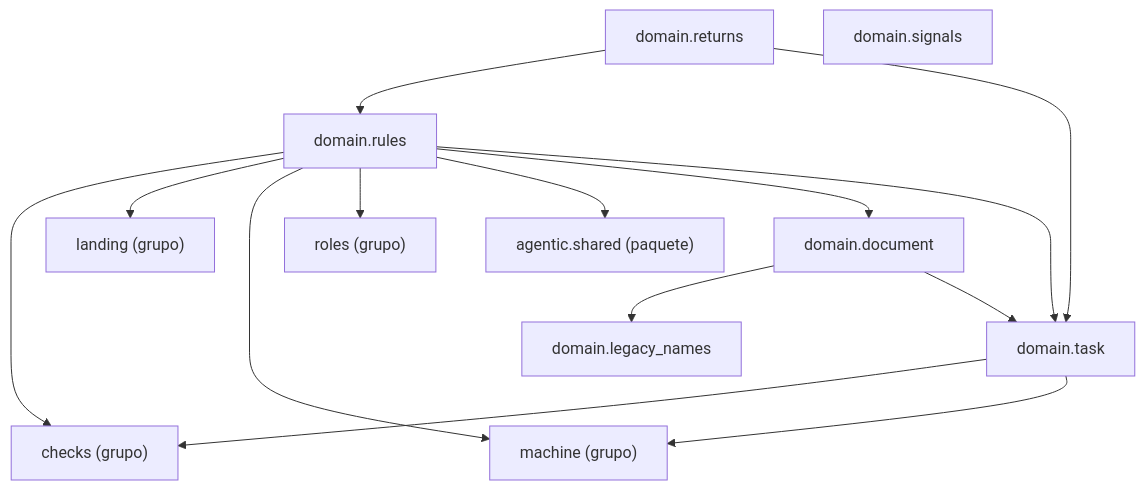
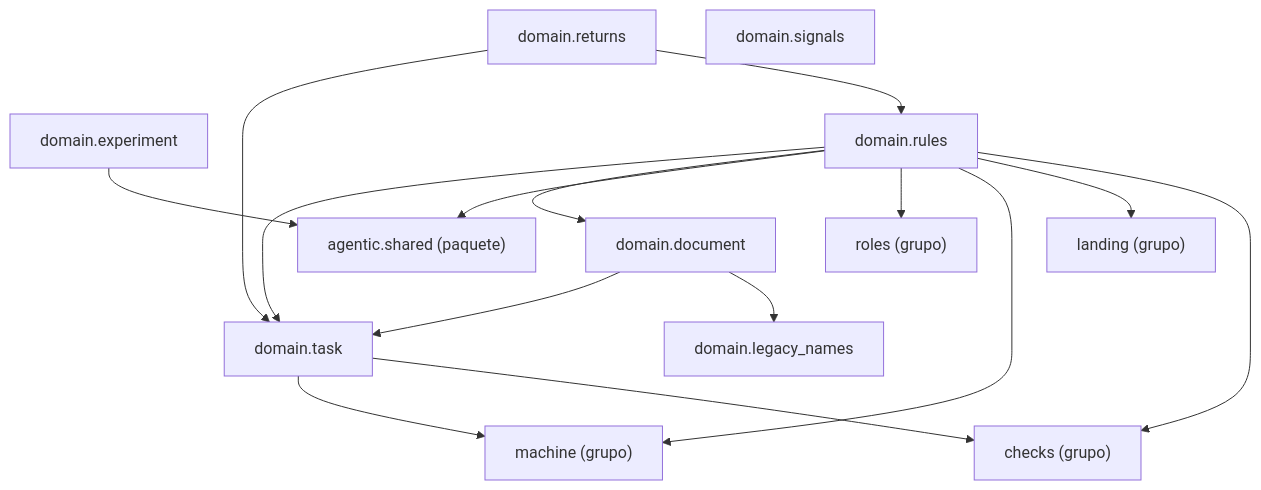
One commit to GonzaloZevallos/agentic-system changed the diagram in docs/architecture/generated/packages-process-domain-state.md. Above: the diagram before and after it, drawn with Mermaid. The commit also changed 15 other files, not shown here.

````diff
--- a/docs/architecture/generated/packages-process-domain-state.md
+++ b/docs/architecture/generated/packages-process-domain-state.md
@@ -11,27 +11,29 @@
 ```mermaid
 graph TD
     g_domain__checks["checks (grupo)"]
     g_domain__landing["landing (grupo)"]
     g_domain__machine["machine (grupo)"]
     g_domain__roles["roles (grupo)"]
     g_pkg__agentic__shared["agentic.shared (paquete)"]
     m_domain__document["domain.document"]
+    m_domain__experiment["domain.experiment"]
     m_domain__legacy_names["domain.legacy_names"]
     m_domain__returns["domain.returns"]
     m_domain__rules["domain.rules"]
     m_domain__signals["domain.signals"]
     m_domain__task["domain.task"]
     m_domain__document --> m_domain__legacy_names
     m_domain__document --> m_domain__task
+    m_domain__experiment --> g_pkg__agentic__shared
     m_domain__returns --> m_domain__rules
     m_domain__returns --> m_domain__task
     m_domain__rules --> g_domain__checks
     m_domain__rules --> g_domain__landing
     m_domain__rules --> g_domain__machine
     m_domain__rules --> g_domain__roles
     m_domain__rules --> g_pkg__agentic__shared
     m_domain__rules --> m_domain__document
     m_domain__rules --> m_domain__task
     m_domain__task --> g_domain__checks
     m_domain__task --> g_domain__machine
 ```
````
